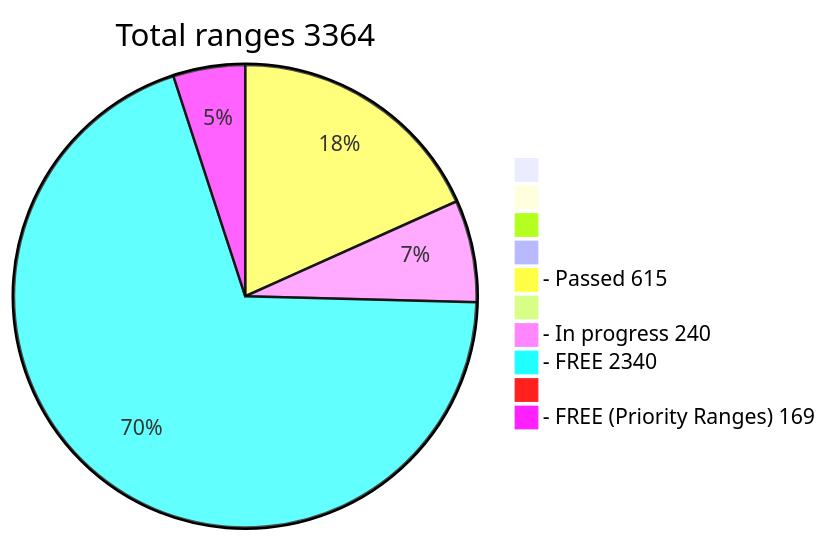
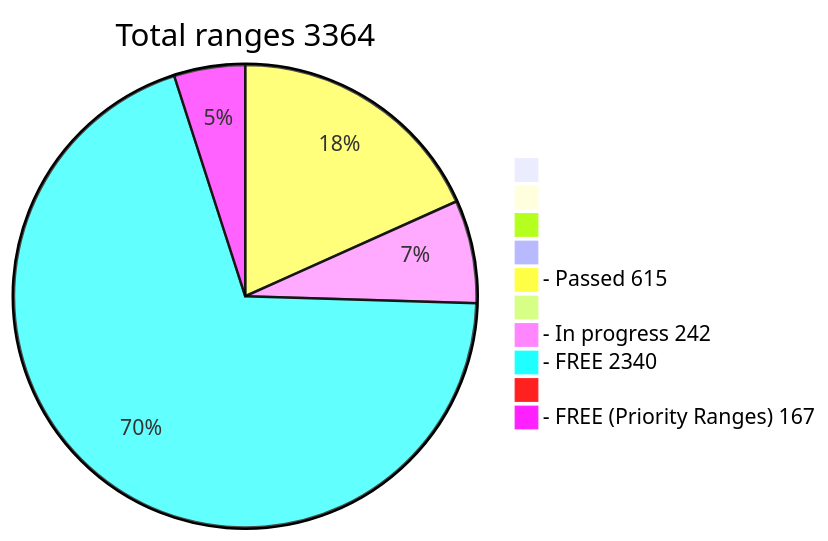
Before and after one commit to phrutis/wif500: the diagram in README.md, drawn with Mermaid.

````diff
--- a/README.md
+++ b/README.md
@@ -16,13 +16,13 @@
 ```mermaid
 pie title Total ranges 3364
              " " : 0
             "  " : 0
            "   " : 0
           "    " : 0
   "- Passed 615" : 615
          "     " : 0
-  "- In progress 240" : 240
+  "- In progress 242" : 242
    "- FREE 2340" : 2340
         "      " : 0
-  "- FREE (Priority Ranges) 169" : 169
+  "- FREE (Priority Ranges) 167" : 167
 ```
````
